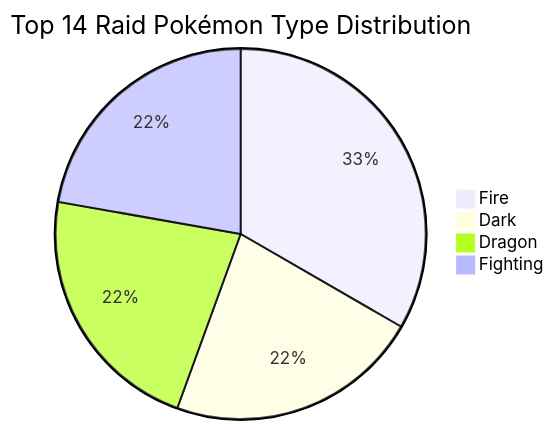
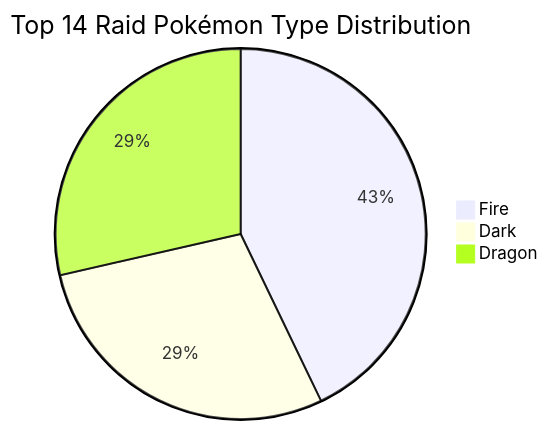
One commit to austinTracy7/TestingArea changed the fourth of 4 diagrams in mermaidTesting.md. Above: the diagram before and after it, drawn with Mermaid.

````diff
--- a/mermaidTesting.md
+++ b/mermaidTesting.md
@@ -25,8 +25,7 @@
 ```mermaid
 pie
     title Top 14 Raid Pokémon Type Distribution
     "Fire": 3
     "Dark": 2
     "Dragon": 2 
-    "Fighting": 2
 ```
````
